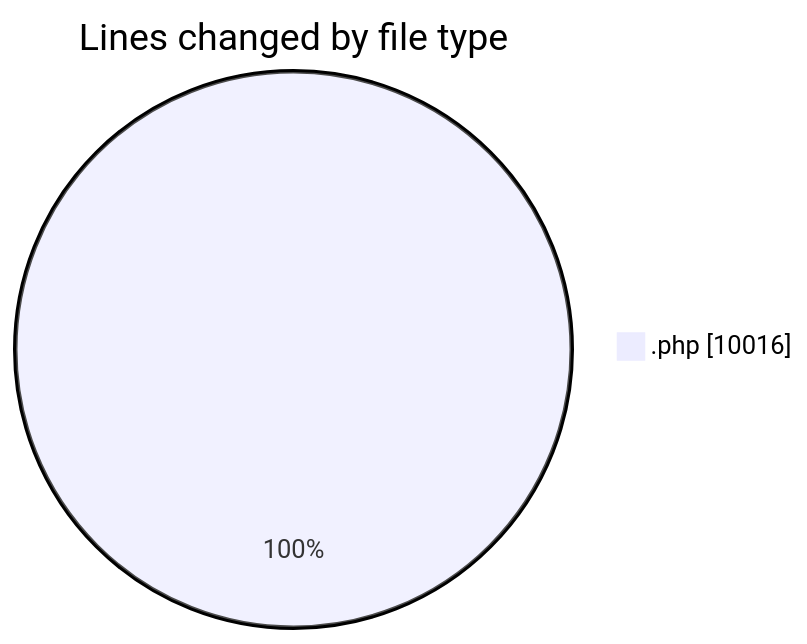
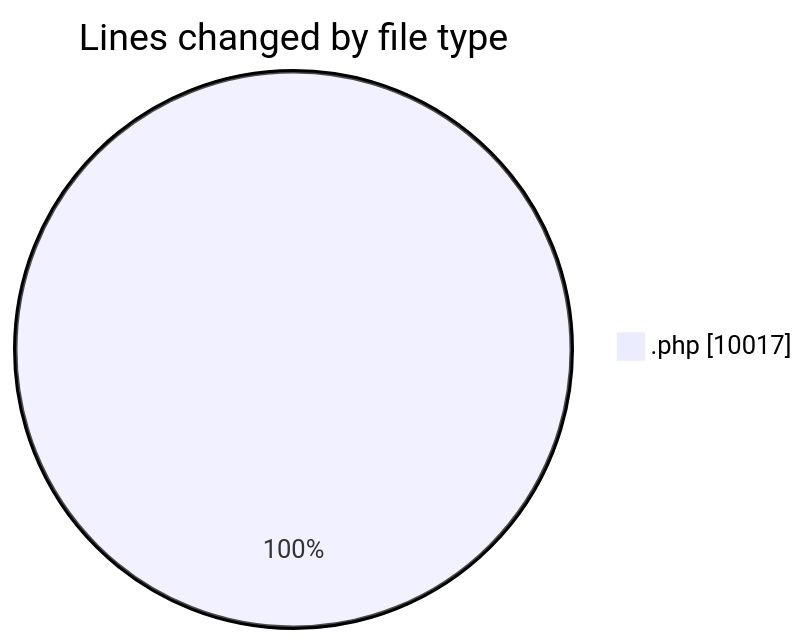
One commit to vahidmafi/code-tracking changed the first of 2 diagrams in 2025-04-10/zeytoon/README.md. Above: the diagram before and after it, drawn with Mermaid. The commit also changed other lines of this file and 1 other file, not shown here.

````diff
--- a/2025-04-10/zeytoon/README.md
+++ b/2025-04-10/zeytoon/README.md
@@ -31,5 +31,5 @@
 ```mermaid
 pie showData
 title Lines changed by file type
-".php" : 10016
+".php" : 10017
 ```
````
